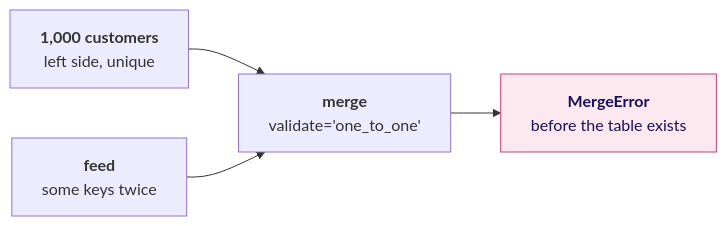
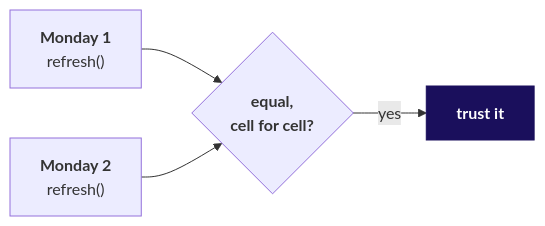
Before and after one commit to fde-academy-lab/c2-content-factory: the fourth of 9 diagrams in content/W02/D4/slides/C2_W02_D04_half2_STUDENT.md, drawn with Mermaid. The commit also changed other lines of this file and 9 other files, not shown here.

First line of the commit message:
W02 D4 decks in the notebook's rhythm, the day sheet on the new grid and the Monday-table companion

````diff
--- a/content/W02/D4/slides/C2_W02_D04_half2_STUDENT.md
+++ b/content/W02/D4/slides/C2_W02_D04_half2_STUDENT.md
@@ -136,8 +301,8 @@
 ```mermaid
 flowchart LR
-    A["<b>1,000 customers</b><br/>left side, unique"] --> M["<b>merge</b><br/>validate='one_to_one'"]
-    F["<b>feed</b><br/>some keys twice"] --> M
-    M --> E["<b>MergeError</b><br/>before the table exists"]
-    classDef bad fill:#FBE9EF,stroke:#D63A6A,color:#1A0F5C
-    class E bad
+    M1["<b>Monday 1</b><br/>refresh()"] --> E{"<b>equal,<br/>cell for cell?</b>"}
+    M2["<b>Monday 2</b><br/>refresh()"] --> E
+    E -->|yes| T["<b>trust it</b>"]
+    classDef bet fill:#1A0F5C,stroke:#1A0F5C,color:#FFFFFF
+    class T bet
 ```
````
